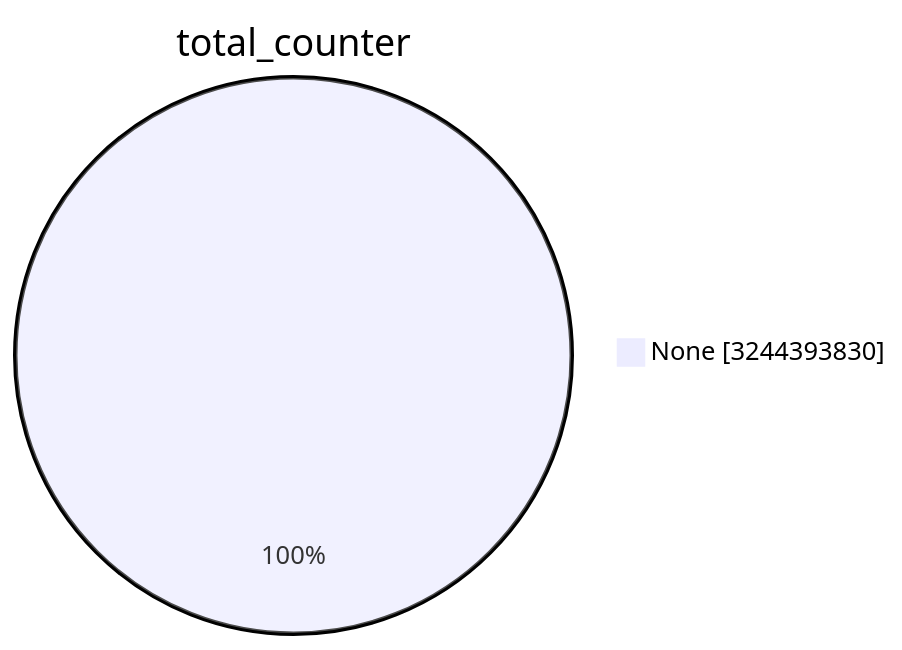
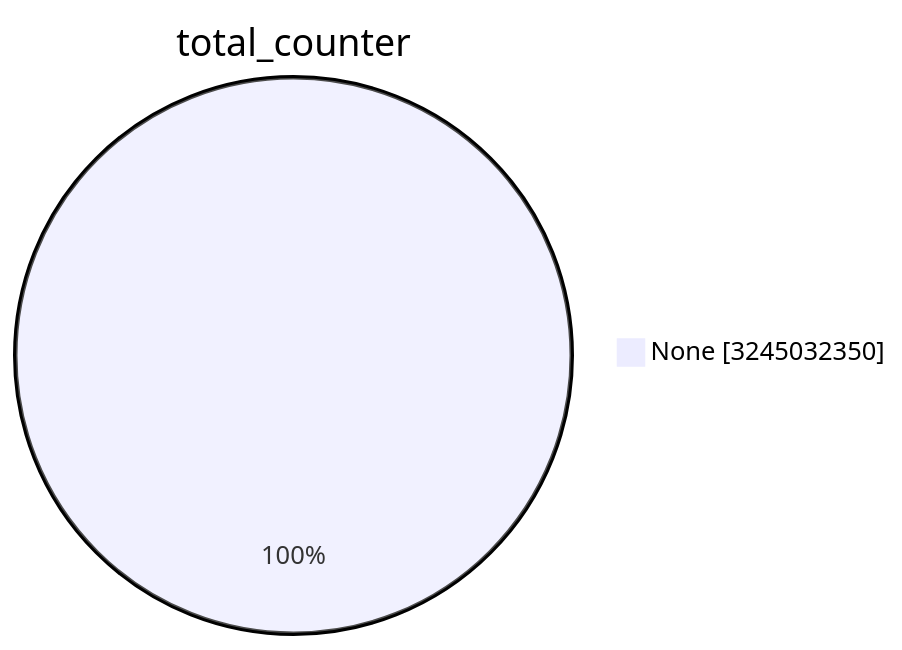
Before and after one commit to christiankrug/ctmonitor_visualization: the first of 15 diagrams in TOTAL/README.md, drawn with Mermaid. The commit also changed other lines of this file, not shown here.

````diff
--- a/TOTAL/README.md
+++ b/TOTAL/README.md
@@ -1,5 +1,5 @@
 ```mermaid
 pie showData
 title total_counter
-"None" :3244393830
+"None" :3245032350
 ```
````
